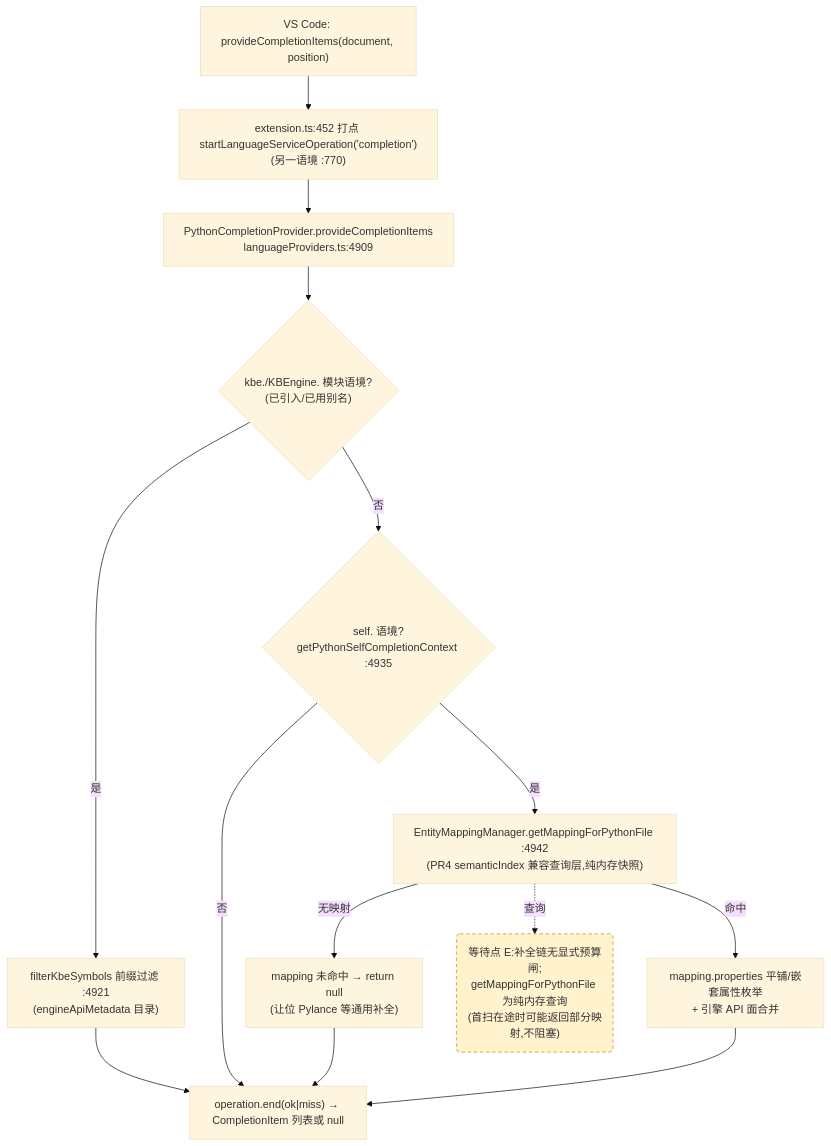
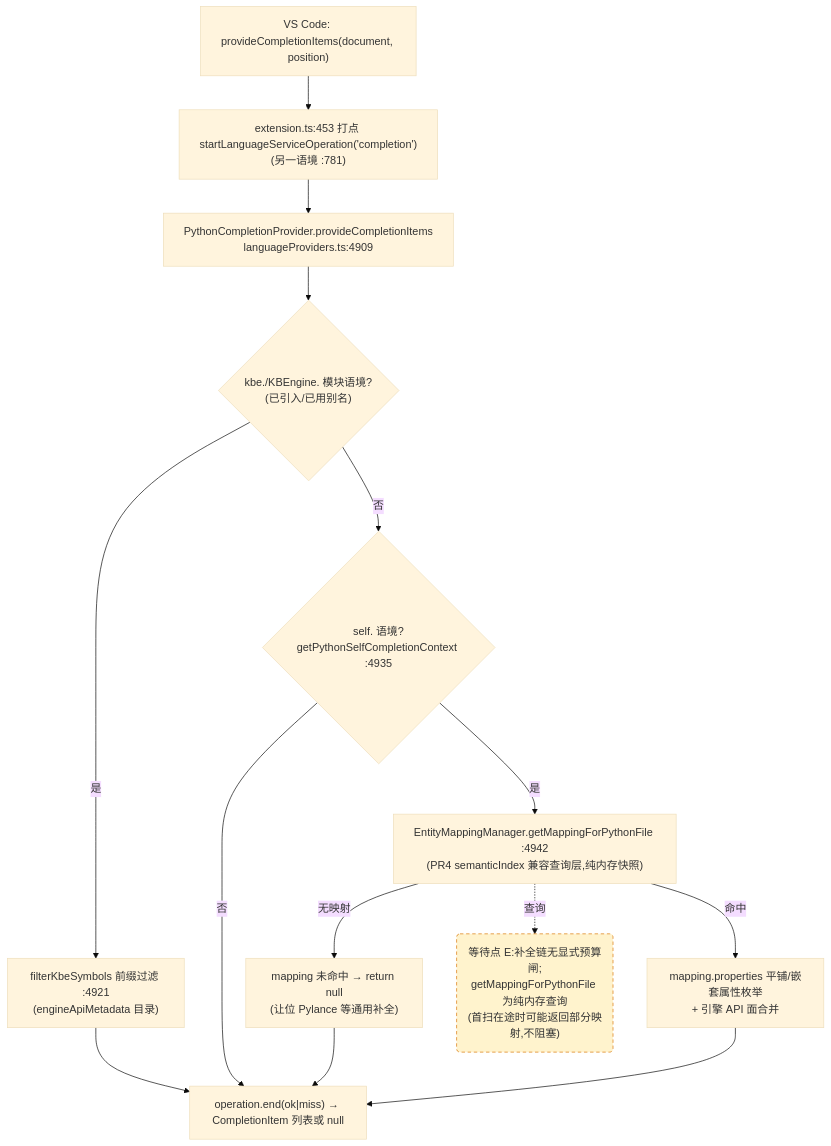
One commit to cuihairu/kode changed the third of 4 diagrams in docs/perf/2026-baseline.md. Above: the diagram before and after it, drawn with Mermaid (base theme). The commit also changed other lines of this file and 1 other file, not shown here.

````diff
--- a/docs/perf/2026-baseline.md
+++ b/docs/perf/2026-baseline.md
@@ -182,27 +182,27 @@
 ```mermaid
 flowchart TD
   VC3["VS Code: provideCompletionItems(document, position)"]
-  M3["extension.ts:452 打点 startLanguageServiceOperation('completion')<br/>(另一语境 :770)"]
+  M3["extension.ts:453 打点 startLanguageServiceOperation('completion')<br/>(另一语境 :781)"]
   CP["PythonCompletionProvider.provideCompletionItems<br/>languageProviders.ts:4909"]
   KBEC{"kbe./KBEngine. 模块语境?<br/>(已引入/已用别名)"}
   FILTER["filterKbeSymbols 前缀过滤 :4921<br/>(engineApiMetadata 目录)"]
   SELFC{"self. 语境?<br/>getPythonSelfCompletionContext :4935"}
   MAP["EntityMappingManager.getMappingForPythonFile :4942<br/>(PR4 semanticIndex 兼容查询层,纯内存快照)"]
   NOMAP["mapping 未命中 → return null<br/>(让位 Pylance 等通用补全)"]
   PROPS["mapping.properties 平铺/嵌套属性枚举<br/>+ 引擎 API 面合并"]
   END3["operation.end(ok|miss) → CompletionItem 列表或 null"]
 
   VC3 --> M3 --> CP --> KBEC
   KBEC -- "是" --> FILTER --> END3
   KBEC -- "否" --> SELFC
   SELFC -- "否" --> END3
   SELFC -- "是" --> MAP
   MAP -- "无映射" --> NOMAP --> END3
   MAP -- "命中" --> PROPS --> END3
 
   WAITE("等待点 E:补全链无显式预算闸;<br/>getMappingForPythonFile 为纯内存查询<br/>(首扫在途时可能返回部分映射,不阻塞)")
   MAP -.->|查询| WAITE
 
   classDef waitPoint fill:#fff3cd,stroke:#d97706,stroke-dasharray:5 4;
   class WAITE waitPoint;
 ```
````
